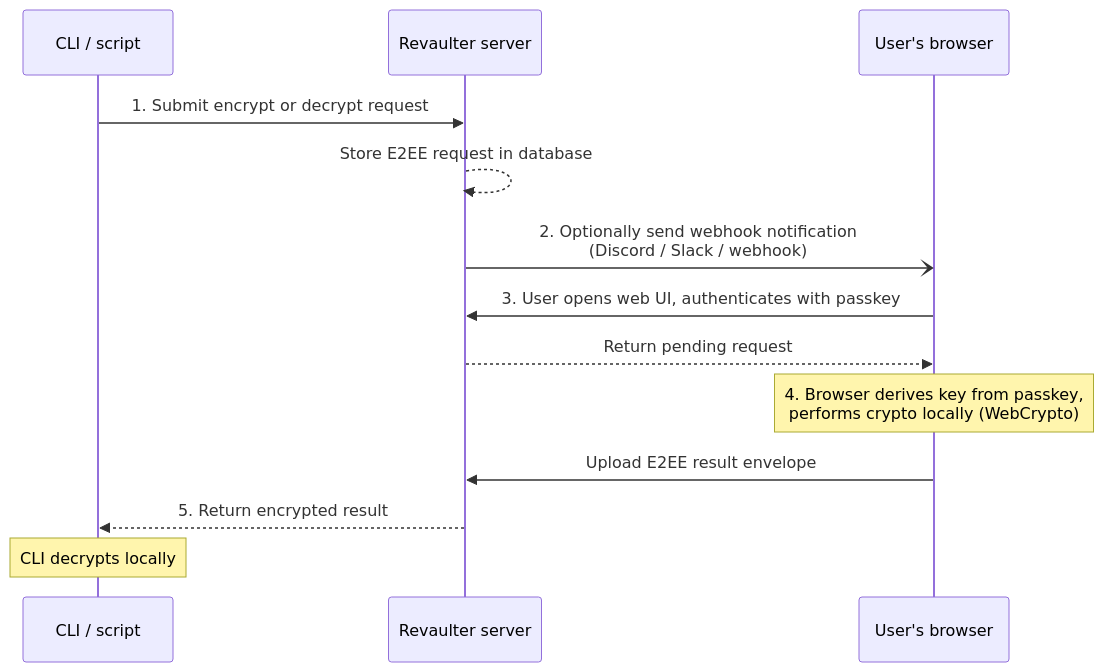
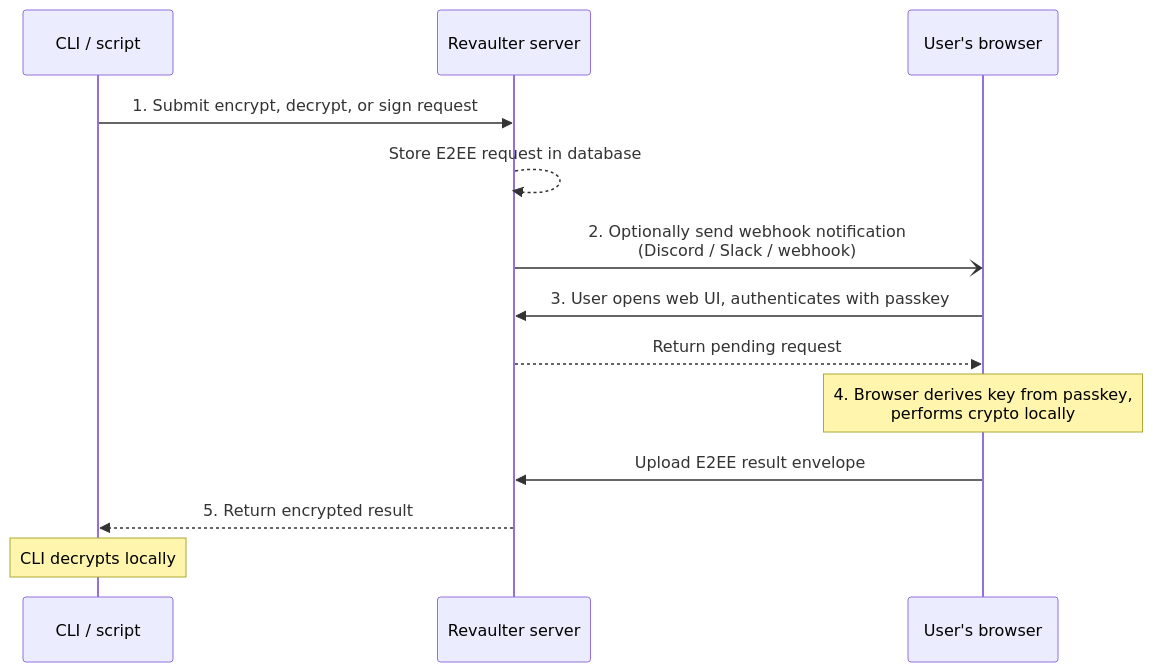
Before and after one commit to ItalyPaleAle/revaulter: the diagram in docs/content/docs/what-is-revaulter.md, drawn with Mermaid. The commit also changed other lines of this file and 23 other files, not shown here.

````diff
--- a/docs/content/docs/what-is-revaulter.md
+++ b/docs/content/docs/what-is-revaulter.md
@@ -12,16 +12,16 @@
 ```mermaid
 sequenceDiagram
     participant CLI as CLI / script
     participant S as Revaulter server
     participant B as User's browser
 
-    CLI->>S: 1. Submit encrypt or decrypt request
+    CLI->>S: 1. Submit encrypt, decrypt, or sign request
     S-->>S: Store E2EE request in database
     S-)B: 2. Optionally send webhook notification<br/>(Discord / Slack / webhook)
     B->>S: 3. User opens web UI, authenticates with passkey
     S-->>B: Return pending request
-    Note over B: 4. Browser derives key from passkey,<br/>performs crypto locally (WebCrypto)
+    Note over B: 4. Browser derives key from passkey,<br/>performs crypto locally
     B->>S: Upload E2EE result envelope
     S-->>CLI: 5. Return encrypted result
     Note over CLI: CLI decrypts locally
 ```
````
